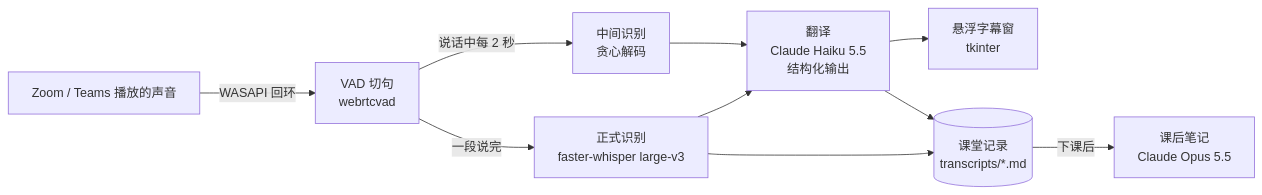
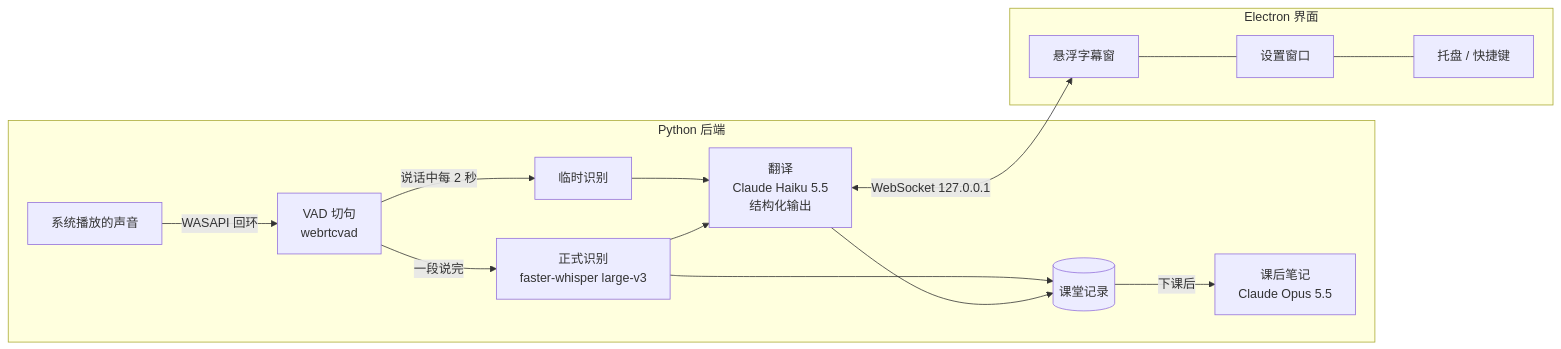
Before and after one commit to KanbaraKenji/live-class-subtitles: the diagram in README.md, drawn with Mermaid. The commit also changed other lines of this file and 27 other files, not shown here.

````diff
--- a/README.md
+++ b/README.md
@@ -26,12 +30,17 @@
 ```mermaid
 flowchart LR
-    A[Zoom / Teams 播放的声音] -->|WASAPI 回环| B[VAD 切句<br/>webrtcvad]
-    B -->|说话中每 2 秒| C1[中间识别<br/>贪心解码]
-    B -->|一段说完| C2[正式识别<br/>faster-whisper large-v3]
-    C1 --> D[翻译<br/>Claude Haiku 5.5<br/>结构化输出]
-    C2 --> D
-    D --> E[悬浮字幕窗<br/>tkinter]
-    C2 --> F[(课堂记录<br/>transcripts/*.md)]
-    D --> F
-    F -->|下课后| G[课后笔记<br/>Claude Opus 5.5]
+    subgraph Python 后端
+        A[系统播放的声音] -->|WASAPI 回环| B[VAD 切句<br/>webrtcvad]
+        B -->|说话中每 2 秒| C1[临时识别]
+        B -->|一段说完| C2[正式识别<br/>faster-whisper large-v3]
+        C1 --> D[翻译<br/>Claude Haiku 5.5<br/>结构化输出]
+        C2 --> D
+        C2 --> F[(课堂记录)]
+        D --> F
+        F -->|下课后| G[课后笔记<br/>Claude Opus 5.5]
+    end
+    subgraph Electron 界面
+        E[悬浮字幕窗] --- S[设置窗口] --- T[托盘 / 快捷键]
+    end
+    D <-->|WebSocket 127.0.0.1| E
 ```
````
